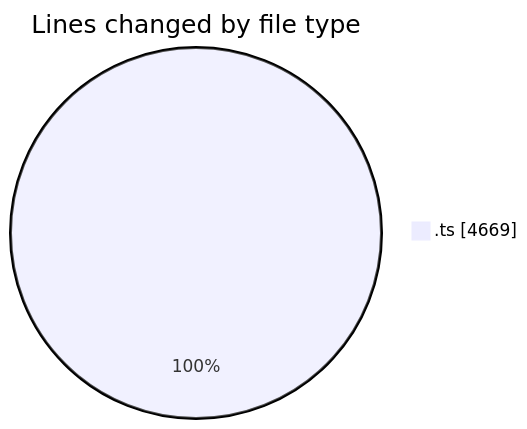
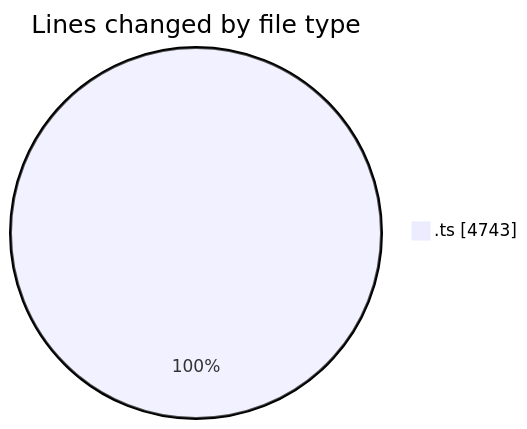
One commit to momahboobian/code-tracking changed the first of 2 diagrams in 2025-08-08/cda/README.md. Above: the diagram before and after it, drawn with Mermaid. The commit also changed other lines of this file and 1 other file, not shown here.

````diff
--- a/2025-08-08/cda/README.md
+++ b/2025-08-08/cda/README.md
@@ -26,5 +27,5 @@
 ```mermaid
 pie showData
 title Lines changed by file type
-".ts" : 4669
+".ts" : 4743
 ```
````
